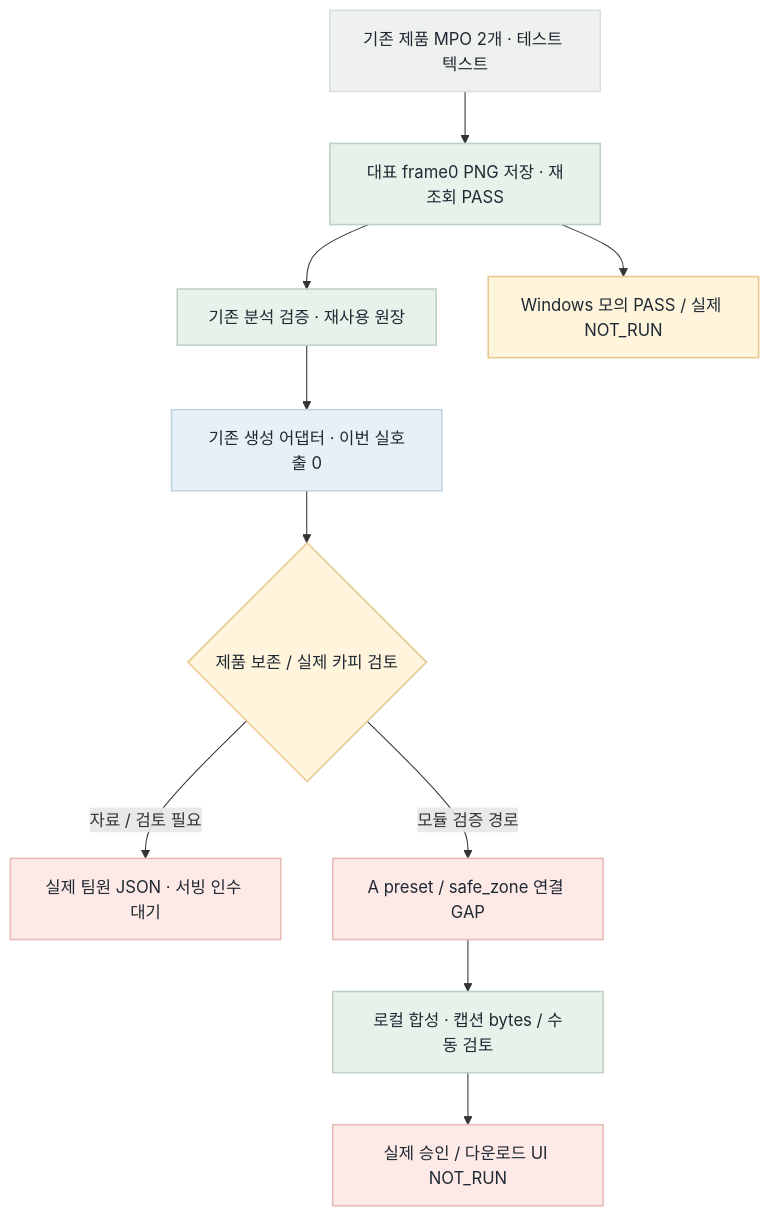
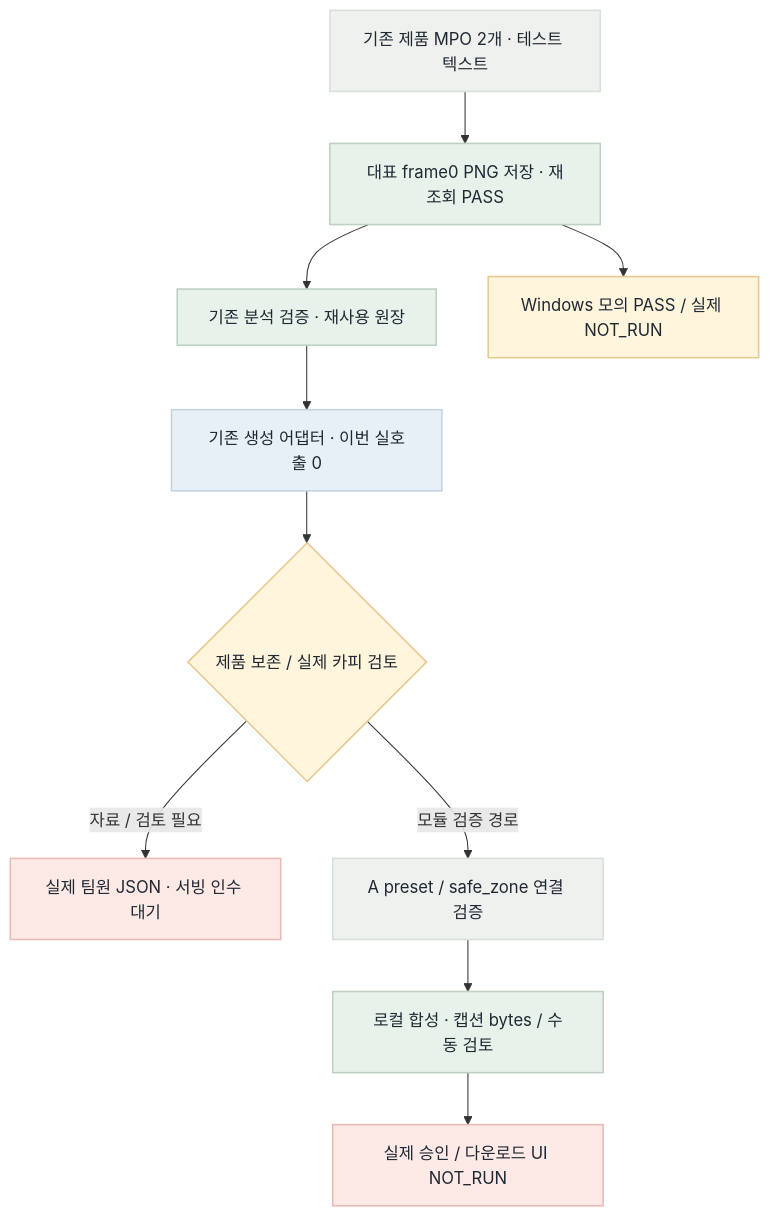
Before and after one commit to uyt5041-lab/beauty-ai-models: the second of 2 diagrams in fivecircles/architecture/spec/image-mvp-relay-flow-20261030.md, drawn with Mermaid. The commit also changed other lines of this file and 12 other files, not shown here.

````diff
--- a/fivecircles/architecture/spec/image-mvp-relay-flow-20261030.md
+++ b/fivecircles/architecture/spec/image-mvp-relay-flow-20261030.md
@@ -25,17 +25,17 @@
 ```mermaid
 flowchart TD
  U["기존 제품 MPO 2개 · 테스트 텍스트"]:::gray --> N["대표 frame0 PNG 저장 · 재조회 PASS"]:::green
  N --> V["기존 분석 검증 · 재사용 원장"]:::green
  V --> G["기존 생성 어댑터 · 이번 실호출 0"]:::blue
  G --> R{"제품 보존 / 실제 카피 검토"}:::amber
  R -->|"자료 / 검토 필요"| X["실제 팀원 JSON · 서빙 인수 대기"]:::red
- R -->|"모듈 검증 경로"| A["A preset / safe_zone 연결 GAP"]:::red
+ R -->|"모듈 검증 경로"| A["A preset / safe_zone 연결 검증"]:::gray
  A --> C["로컬 합성 · 캡션 bytes / 수동 검토"]:::green
  C --> D["실제 승인 / 다운로드 UI NOT_RUN"]:::red
  N --> W["Windows 모의 PASS / 실제 NOT_RUN"]:::amber
 classDef green fill:#e8f2ea,stroke:#bdd1c2,color:#1f2933,stroke-width:1.5px
 classDef blue fill:#e8f0f7,stroke:#c2d3e0,color:#1f2933,stroke-width:1.5px
 classDef amber fill:#fff4dc,stroke:#e7c88f,color:#1f2933,stroke-width:1.5px
 classDef red fill:#fde9e6,stroke:#e8bab5,color:#1f2933,stroke-width:1.5px
 classDef gray fill:#eef1ed,stroke:#d8e0da,color:#1f2933,stroke-width:1.5px
 ```
````
